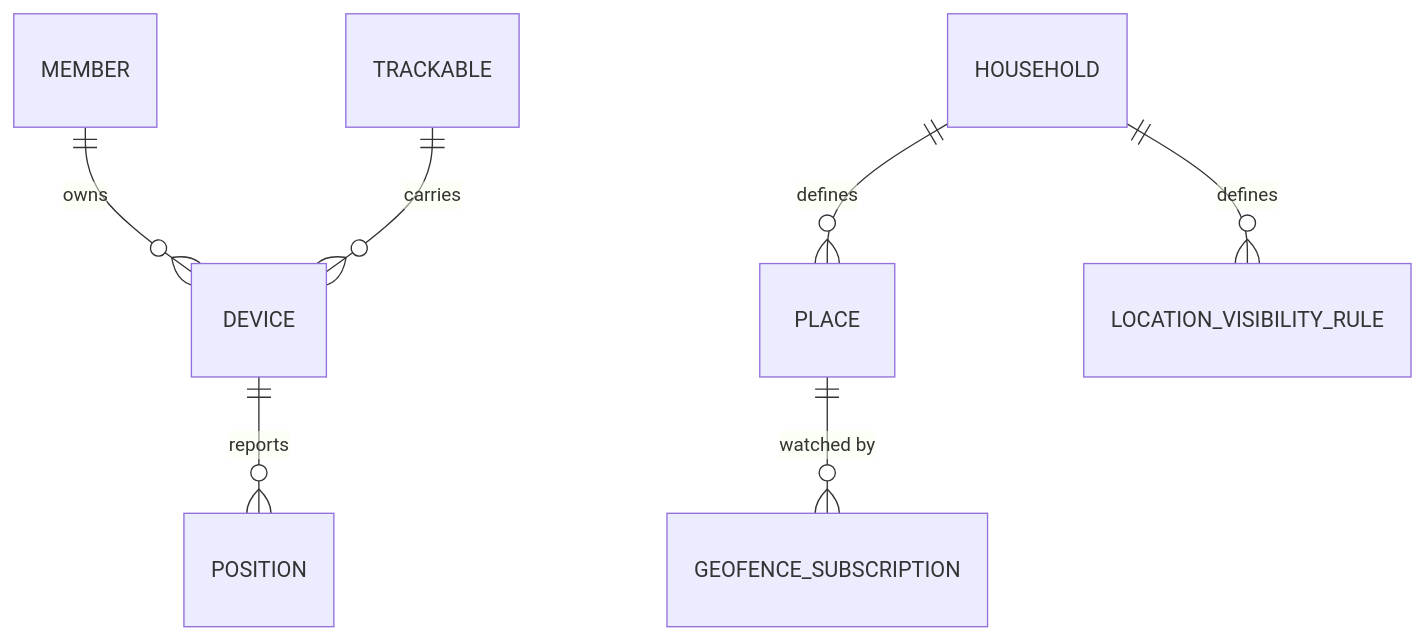
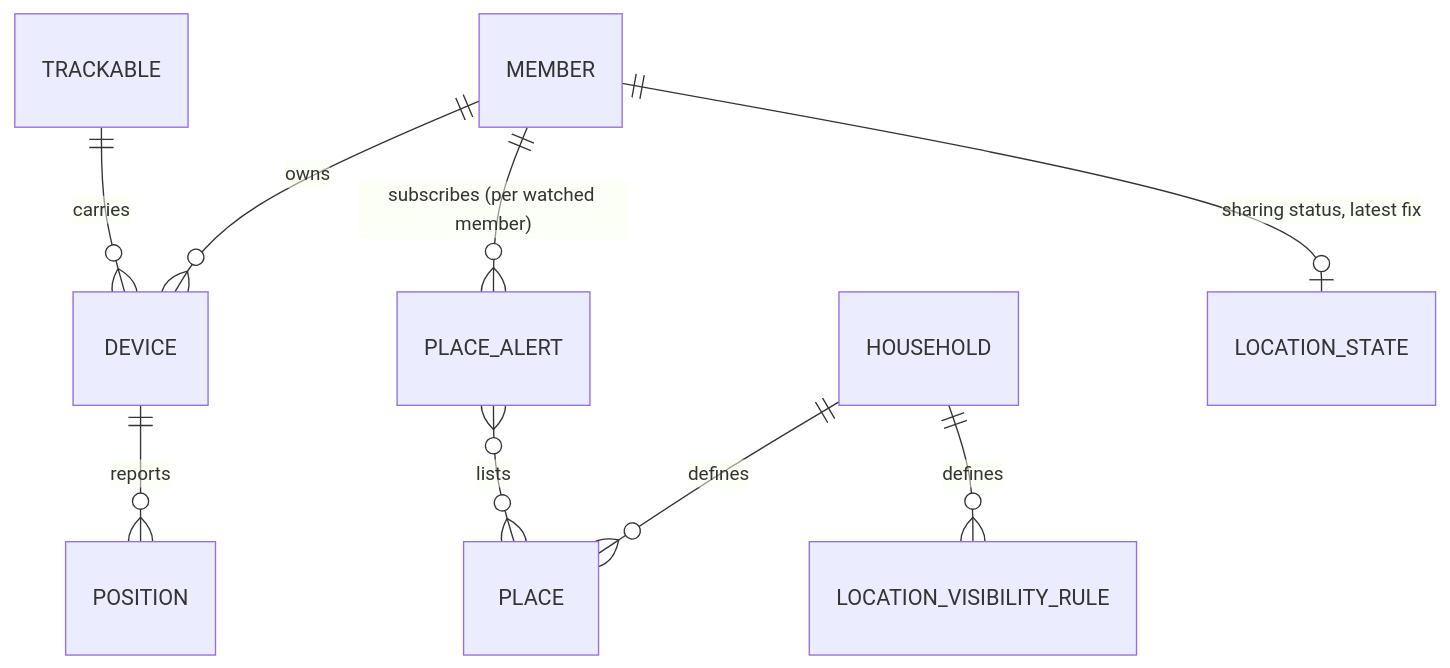
Before and after one commit to hiraise/Lares: the fourth of 5 diagrams in docs/domain/model.md, drawn with Mermaid. The commit also changed other lines of this file and 33 other files, not shown here.

First line of the commit message:
feat(contract): location data, DTOs, visibility, geofence, stops, rules, validators (M4-01)

````diff
--- a/docs/domain/model.md
+++ b/docs/domain/model.md
@@ -65,9 +65,11 @@
 ```mermaid
 erDiagram
     MEMBER ||--o{ DEVICE : "owns"
     DEVICE ||--o{ POSITION : "reports"
     TRACKABLE ||--o{ DEVICE : "carries"
     HOUSEHOLD ||--o{ PLACE : "defines"
-    PLACE ||--o{ GEOFENCE_SUBSCRIPTION : "watched by"
+    MEMBER ||--o{ PLACE_ALERT : "subscribes (per watched member)"
+    PLACE_ALERT }o--o{ PLACE : "lists"
+    MEMBER ||--o| LOCATION_STATE : "sharing status, latest fix"
     HOUSEHOLD ||--o{ LOCATION_VISIBILITY_RULE : "defines"
 ```
````
